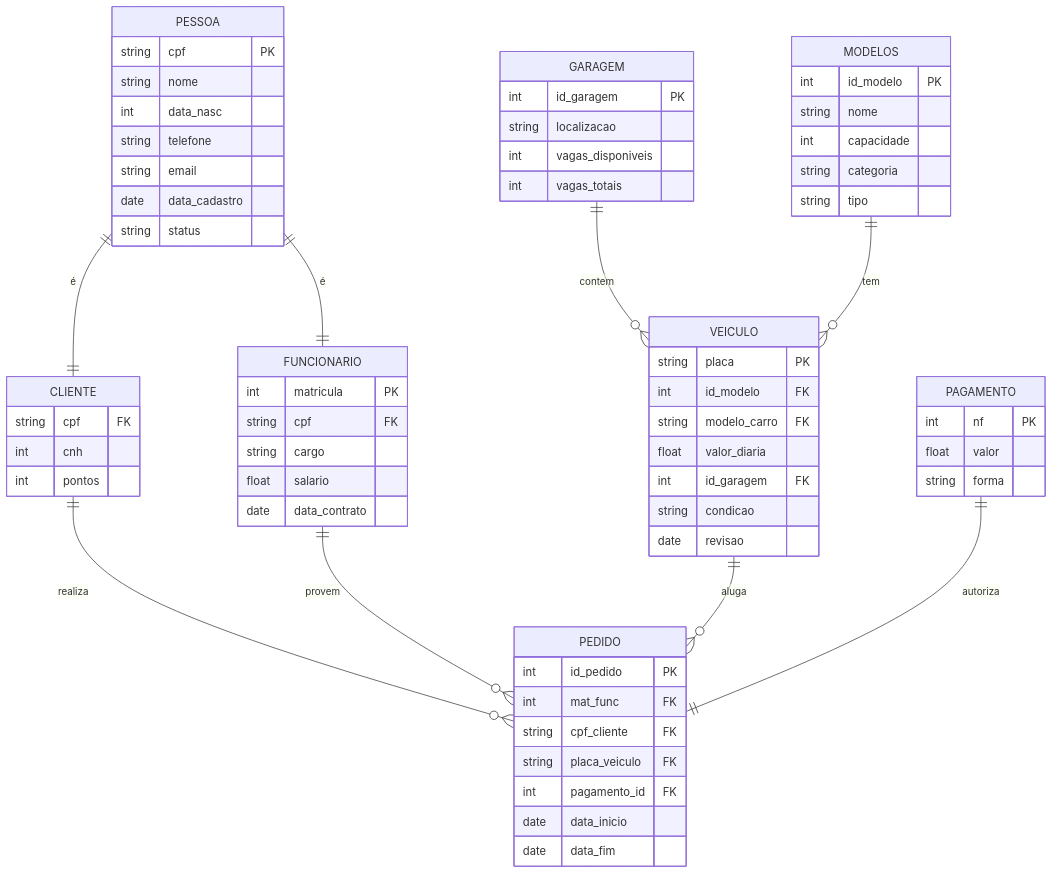
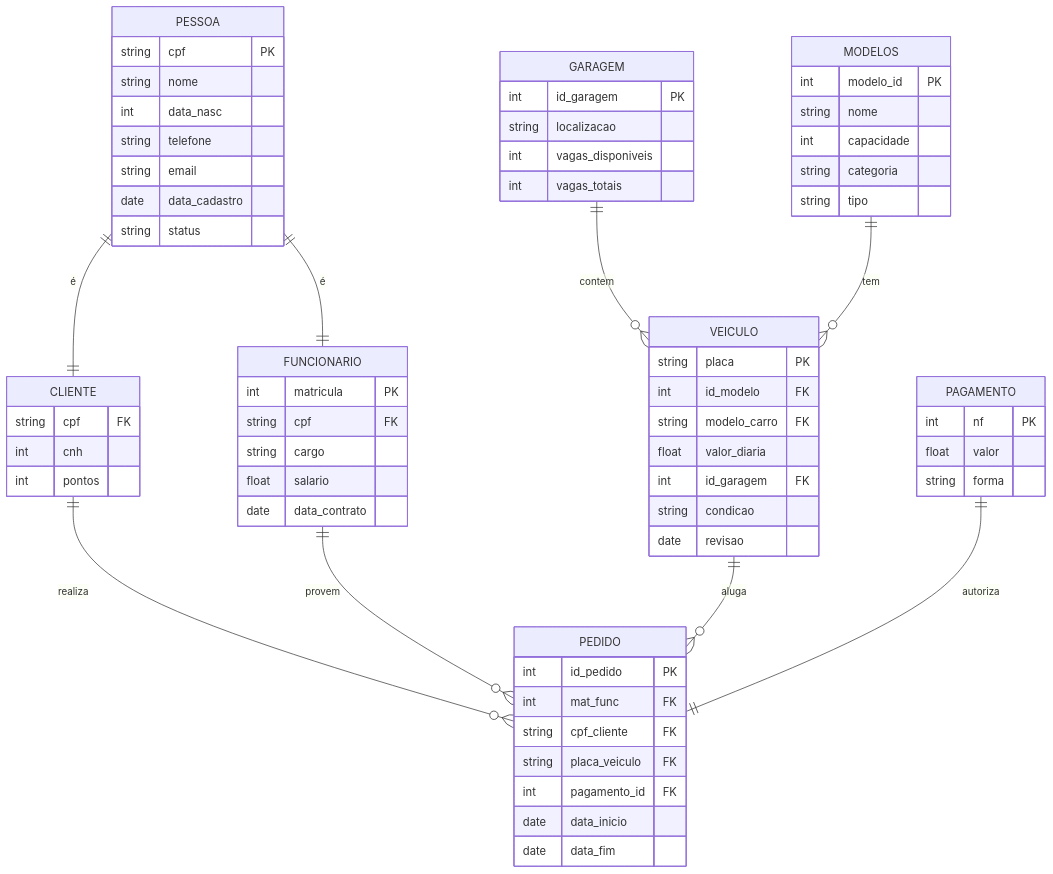
One commit to pedro-tsa/alucar changed the diagram in README.md. Above: the diagram before and after it, drawn with Mermaid.

Commit message:
Rename 'id_modelo' to 'modelo_id' in README

````diff
--- a/README.md
+++ b/README.md
@@ -3,80 +3,80 @@
 ```mermaid
     erDiagram
 
 PESSOA {
     string cpf PK
     string nome
     int data_nasc
     string telefone
     string email
     date data_cadastro
     string status
 }
 
 CLIENTE {
     string cpf FK
     int cnh
     int pontos
 }
 
 FUNCIONARIO {
     int matricula PK
     string cpf FK
     string cargo
     float salario
     date data_contrato
 }
 
 VEICULO {
     string placa PK
     int id_modelo FK
     string modelo_carro FK
     float valor_diaria
     int id_garagem FK
     string condicao
     date revisao
 }
 
 MODELOS {
-    int id_modelo PK
+    int modelo_id PK
     string nome
     int capacidade
     string categoria
     string tipo
 }
 
 GARAGEM {
     int id_garagem PK
     string localizacao
     int vagas_disponiveis
     int vagas_totais
 }
 
 PAGAMENTO {
     int nf PK
     float valor
     string forma
 }
 
 PEDIDO {
     int id_pedido PK
     int mat_func FK
     string cpf_cliente FK
     string placa_veiculo FK
     int pagamento_id FK
     date data_inicio
     date data_fim
 }
 PESSOA ||--|| CLIENTE : "é"
 PESSOA ||--|| FUNCIONARIO : "é"
 
 GARAGEM ||--o{ VEICULO : contem
 MODELOS ||--o{ VEICULO : tem
 
 CLIENTE ||--o{ PEDIDO : realiza
 FUNCIONARIO ||--o{ PEDIDO : provem
 VEICULO ||--o{ PEDIDO : aluga
 
 PAGAMENTO ||--|| PEDIDO : autoriza
 
 ```
````
